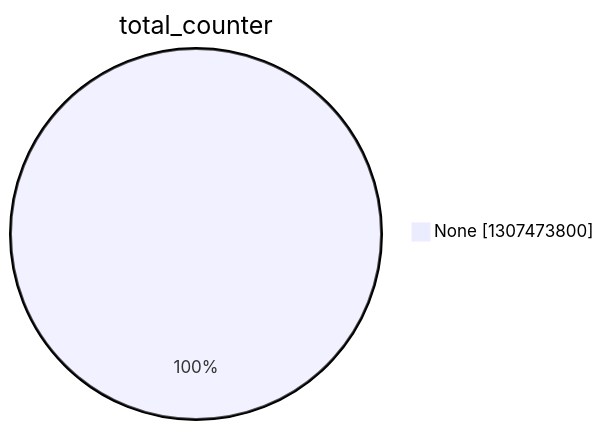
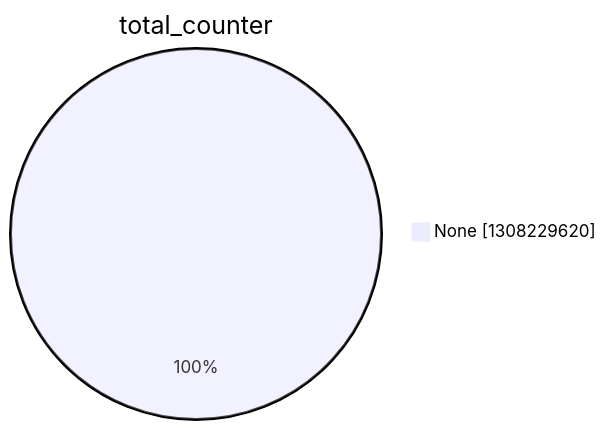
The second of 15 diagrams in argon2022/README.md (christiankrug/ctmonitor_visualization), drawn with Mermaid before and after one commit. The commit also changed other lines of this file, not shown here.

````diff
--- a/argon2022/README.md
+++ b/argon2022/README.md
@@ -9,5 +9,5 @@
 ```mermaid
 pie showData
 title total_counter
-"None" :1307473800
+"None" :1308229620
 ```
````
